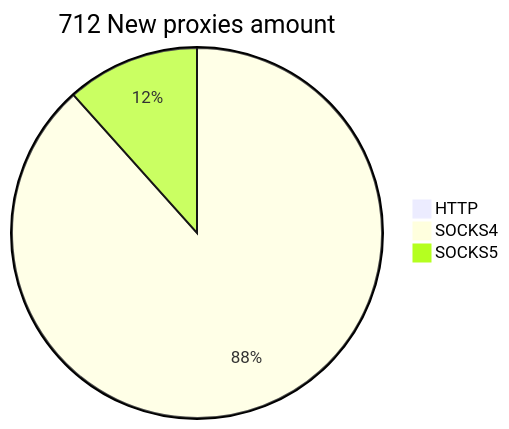
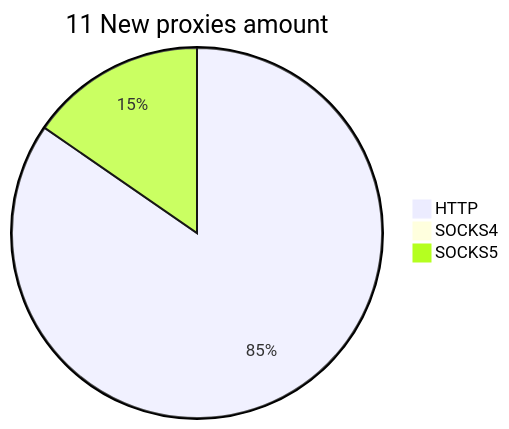
One commit to cutipu/proxylist changed the second of 2 diagrams in README.md. Above: the diagram before and after it, drawn with Mermaid. The commit also changed other lines of this file, not shown here.

````diff
--- a/README.md
+++ b/README.md
@@ -10,6 +10,6 @@
 ```mermaid
-pie title 712 New proxies amount
-    "HTTP" : 6
-    "SOCKS4" : 624
-    "SOCKS5" : 82
+pie title 11 New proxies amount
+    "HTTP" : 11
+    "SOCKS4" : 0
+    "SOCKS5" : 2
 ```
````
